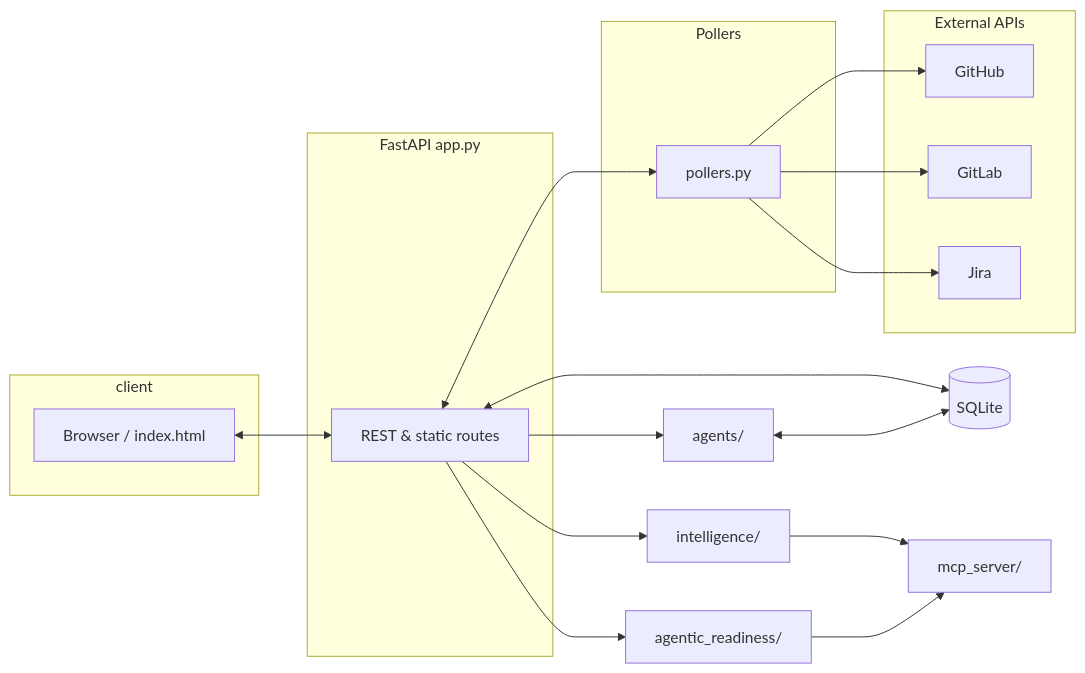
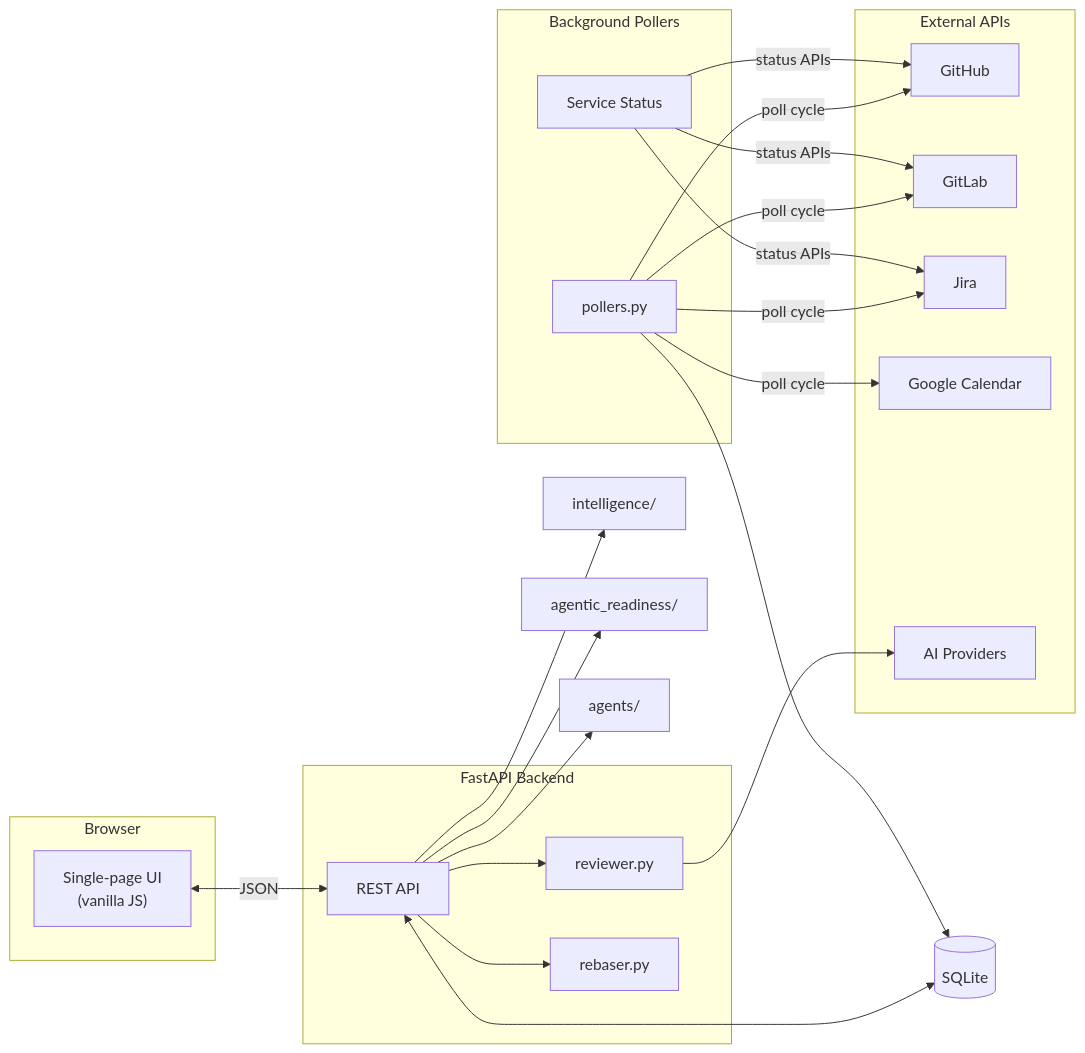
Before and after one commit to happybhati/workstream: the diagram in README.md, drawn with Mermaid. The commit also changed other lines of this file, not shown here.

````diff
--- a/README.md
+++ b/README.md
@@ -86,35 +128,36 @@
 ```mermaid
 flowchart LR
-  subgraph client
-    B[Browser / index.html]
+  subgraph client["Browser"]
+    UI["Single-page UI<br/>(vanilla JS)"]
   end
-  subgraph server[FastAPI app.py]
-    API[REST & static routes]
+  subgraph server["FastAPI Backend"]
+    API["REST API"]
+    REV["reviewer.py"]
+    REB["rebaser.py"]
   end
-  subgraph workers[Pollers]
-    P[pollers.py]
+  subgraph polling["Background Pollers"]
+    P["pollers.py"]
+    SVC["Service Status"]
   end
-  subgraph apis[External APIs]
-    GH[GitHub]
-    GL[GitLab]
-    JR[Jira]
+  subgraph external["External APIs"]
+    GH["GitHub"]
+    GL["GitLab"]
+    JR["Jira"]
+    GC["Google Calendar"]
+    AI["AI Providers"]
   end
-  DB[(SQLite)]
-  INT[intelligence/]
-  RDY[agentic_readiness/]
-  AGT[agents/]
-  MCP[mcp_server/]
+  DB[("SQLite")]
+  INT["intelligence/"]
+  RDY["agentic_readiness/"]
+  AGT["agents/"]
 
-  B <--> API
-  API <--> P
-  P --> GH
-  P --> GL
-  P --> JR
+  UI <-->|"JSON"| API
+  API --> REV
+  API --> REB
   API <--> DB
-  API --> INT
-  API --> RDY
-  API --> AGT
-  AGT <--> DB
-  INT --> MCP
-  RDY --> MCP
+  P -->|"poll cycle"| GH & GL & JR & GC
+  SVC -->|"status APIs"| GH & GL & JR
+  P --> DB
+  REV --> AI
+  API --> INT & RDY & AGT
 ```
````
